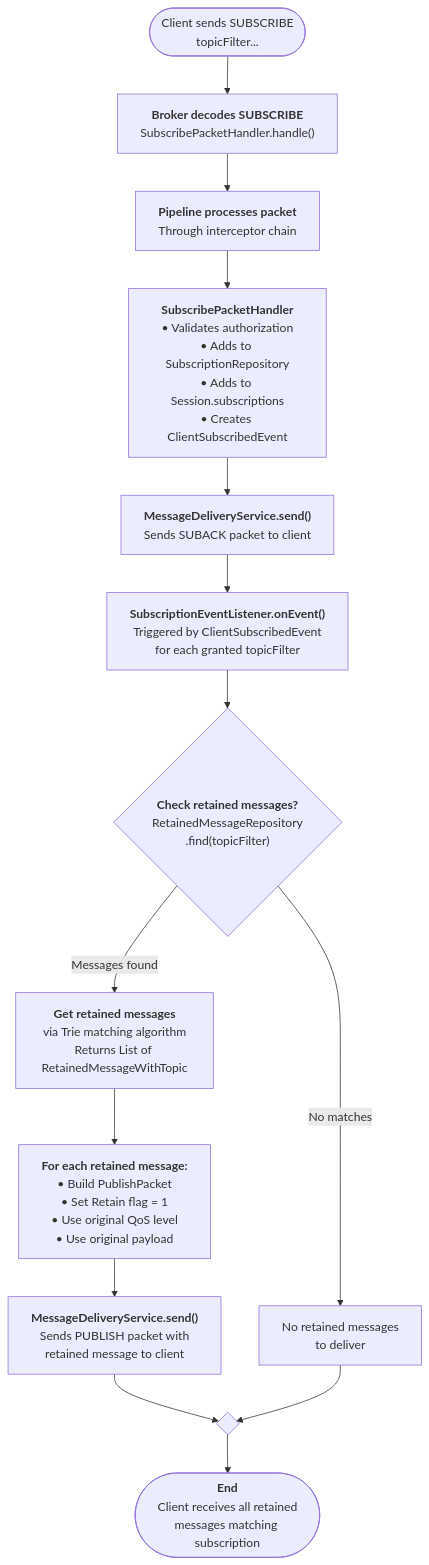
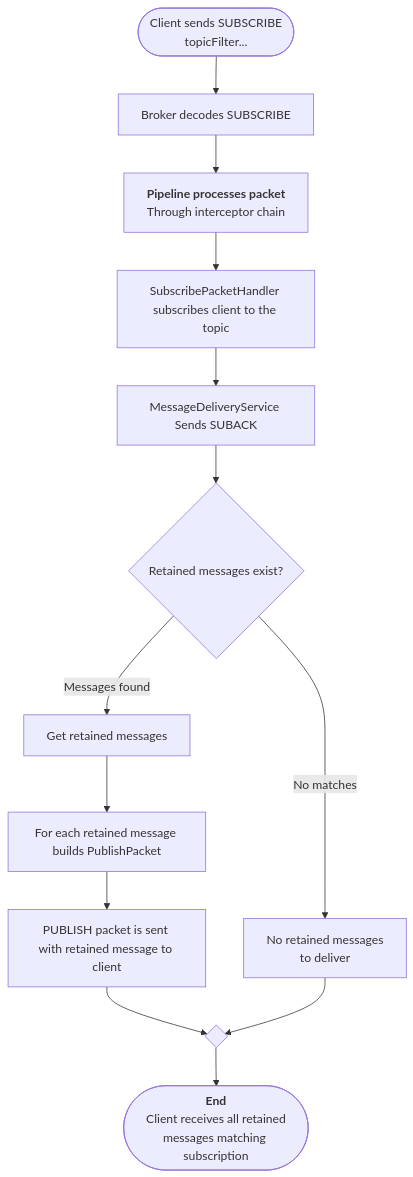
Before and after one commit to karolbystrek/mqtt-broker: diagram 15 of 15 in README.md, drawn with Mermaid. The commit also changed other lines of this file, not shown here.

Commit message:
readme diagram changes

````diff
--- a/README.md
+++ b/README.md
@@ -1221,28 +1244,26 @@
 ```mermaid
 graph TD
-    Start([Client sends SUBSCRIBE<br/>topicFilter...]) --> Decode["<b>Broker decodes SUBSCRIBE</b><br/>SubscribePacketHandler.handle()"]
+    Start([Client sends SUBSCRIBE<br/>topicFilter...]) --> Decode["Broker decodes SUBSCRIBE"]
     
     Decode --> Pipeline["<b>Pipeline processes packet</b><br/>Through interceptor chain"]
     
-    Pipeline --> Subscribe["<b>SubscribePacketHandler</b><br/>• Validates authorization<br/>• Adds to SubscriptionRepository<br/>• Adds to Session.subscriptions<br/>• Creates ClientSubscribedEvent"]
+    Pipeline --> Subscribe["SubscribePacketHandler subscribes client to the topic"]
     
-    Subscribe --> SubAck["<b>MessageDeliveryService.send()</b><br/>Sends SUBACK packet to client"]
-    
-    SubAck --> Event["<b>SubscriptionEventListener.onEvent()</b><br/>Triggered by ClientSubscribedEvent<br/>for each granted topicFilter"]
-    
-    Event --> RetainedCheck{"<b>Check retained messages?</b><br/>RetainedMessageRepository<br/>.find(topicFilter)"}
+    Subscribe --> SubAck["MessageDeliveryService Sends SUBACK"]
+ 
+    SubAck --> RetainedCheck{"Retained messages exist?"}
     
     RetainedCheck -->|No matches| NoRetained["No retained messages<br/>to deliver"]
     
-    RetainedCheck -->|Messages found| GetRetained["<b>Get retained messages</b><br/>via Trie matching algorithm<br/>Returns List of RetainedMessageWithTopic"]
+    RetainedCheck -->|Messages found| GetRetained["Get retained messages"]
     
-    GetRetained --> ForEach["<b>For each retained message:</b><br/>• Build PublishPacket<br/>• Set Retain flag = 1<br/>• Use original QoS level<br/>• Use original payload"]
+    GetRetained --> ForEach["For each retained message builds PublishPacket"]
     
-    ForEach --> SendRetained["<b>MessageDeliveryService.send()</b><br/>Sends PUBLISH packet with<br/>retained message to client"]
+    ForEach --> SendRetained["PUBLISH packet is sent with retained message to client"]
     
     SendRetained --> Merge{" "}
     NoRetained --> Merge
     
     Merge --> End(["<b>End</b><br/>Client receives all retained<br/>messages matching subscription"])
     
 ```
````
